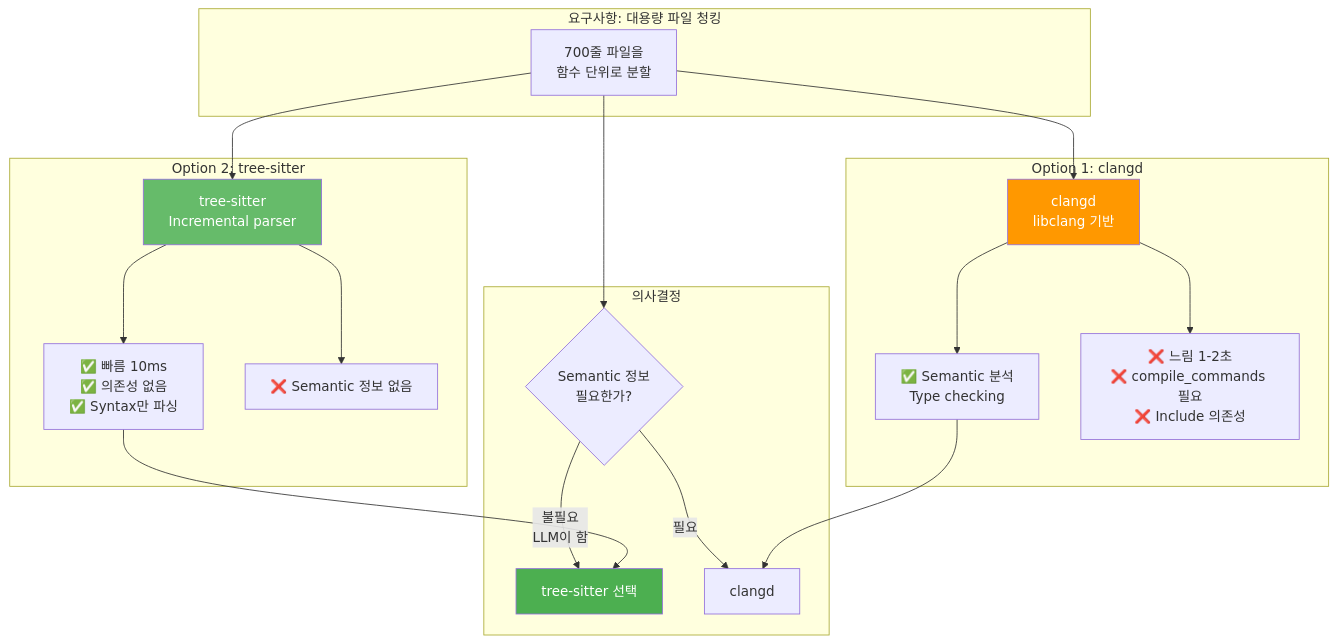
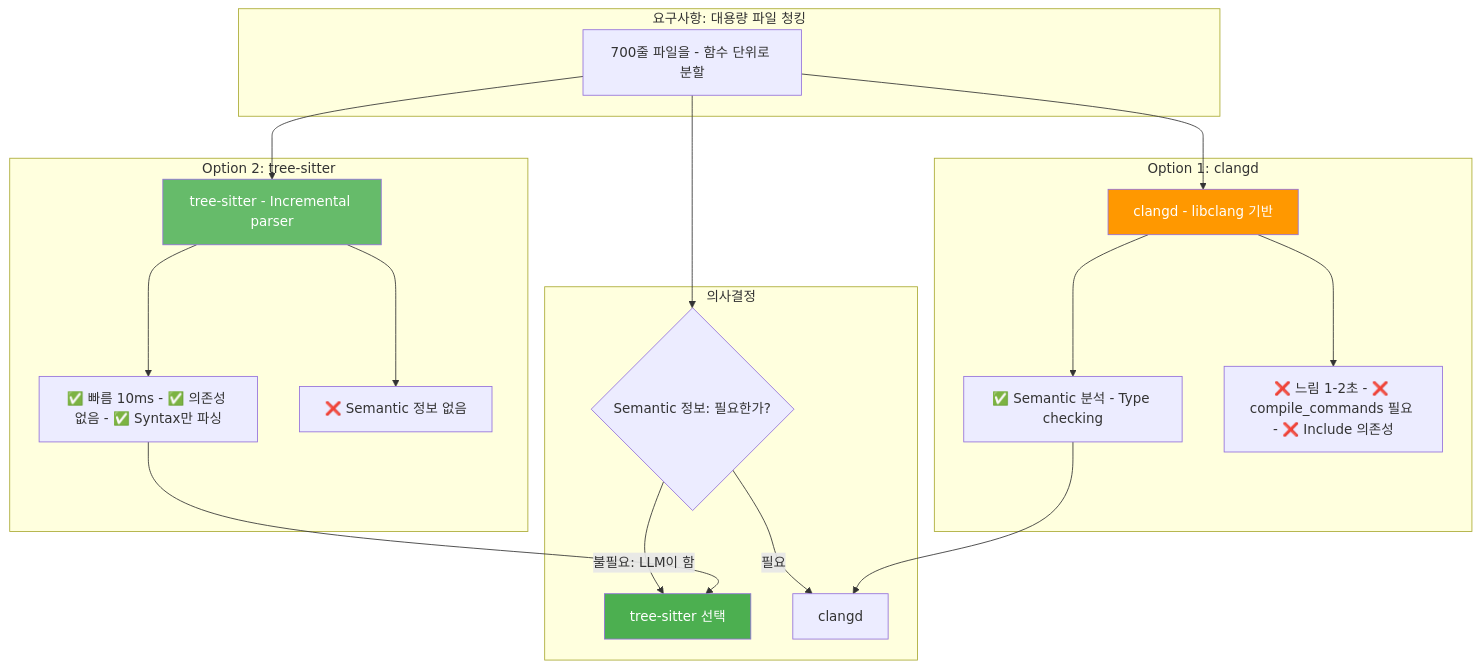
Before and after one commit to ApeachM/llm-code-reviewer: the sixth of 39 diagrams in PRESENTATION.md, drawn with Mermaid. The commit also changed other lines of this file, not shown here.

First line of the commit message:
fix: Replace special characters in Mermaid node labels for compatibility

````diff
--- a/PRESENTATION.md
+++ b/PRESENTATION.md
@@ -204,33 +205,33 @@
 ```mermaid
 graph TB
     subgraph "요구사항: 대용량 파일 청킹"
-        Req[700줄 파일을<br/>함수 단위로 분할]
+        Req[700줄 파일을 - 함수 단위로 분할]
     end
 
     subgraph "Option 1: clangd"
-        Clangd[clangd<br/>libclang 기반]
-        Clangd --> ClangPro[✅ Semantic 분석<br/>Type checking]
-        Clangd --> ClangCon[❌ 느림 1-2초<br/>❌ compile_commands 필요<br/>❌ Include 의존성]
+        Clangd[clangd - libclang 기반]
+        Clangd --> ClangPro[✅ Semantic 분석 - Type checking]
+        Clangd --> ClangCon[❌ 느림 1-2초 - ❌ compile_commands 필요 - ❌ Include 의존성]
     end
 
     subgraph "Option 2: tree-sitter"
-        TS[tree-sitter<br/>Incremental parser]
-        TS --> TSPro[✅ 빠름 10ms<br/>✅ 의존성 없음<br/>✅ Syntax만 파싱]
+        TS[tree-sitter - Incremental parser]
+        TS --> TSPro[✅ 빠름 10ms - ✅ 의존성 없음 - ✅ Syntax만 파싱]
         TS --> TSCon[❌ Semantic 정보 없음]
     end
 
     subgraph "의사결정"
-        Req --> Question{Semantic 정보<br/>필요한가?}
-        Question -->|불필요<br/>LLM이 함| Choice[tree-sitter 선택]
+        Req --> Question{Semantic 정보: 필요한가?}
+        Question -->|불필요: LLM이 함| Choice[tree-sitter 선택]
         Question -->|필요| ClangChoice[clangd]
     end
 
     Req --> Clangd
     Req --> TS
     TSPro --> Choice
     ClangPro --> ClangChoice
 
     style Choice fill:#4caf50,color:#fff
     style TS fill:#66bb6a,color:#fff
     style Clangd fill:#ff9800,color:#fff
 ```
````
